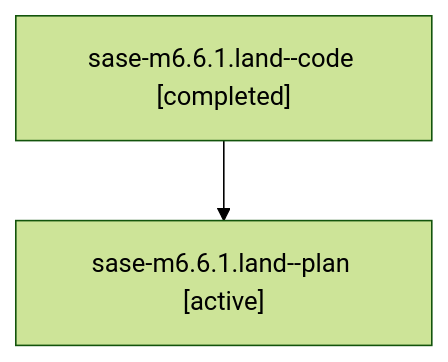
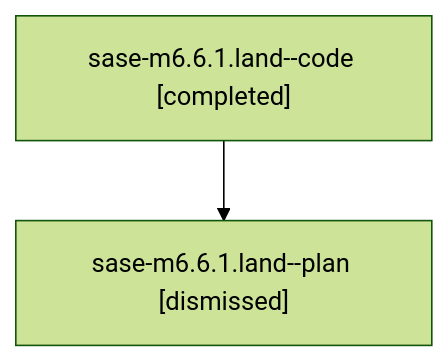
One commit to sase-org/sase--agents changed the diagram in sessions/bbugyi200.athena.sase-m6.6.1.land.md. Above: the diagram before and after it, drawn with Mermaid (forest theme). The commit also changed other lines of this file and 187 other files, not shown here.

````diff
--- a/sessions/bbugyi200.athena.sase-m6.6.1.land.md
+++ b/sessions/bbugyi200.athena.sase-m6.6.1.land.md
@@ -9,6 +9,6 @@
 ```mermaid
 flowchart TD
   n0["sase-m6.6.1.land--code [completed]"]
-  n1["sase-m6.6.1.land--plan [active]"]
+  n1["sase-m6.6.1.land--plan [dismissed]"]
   n0 --> n1
 ```
````
